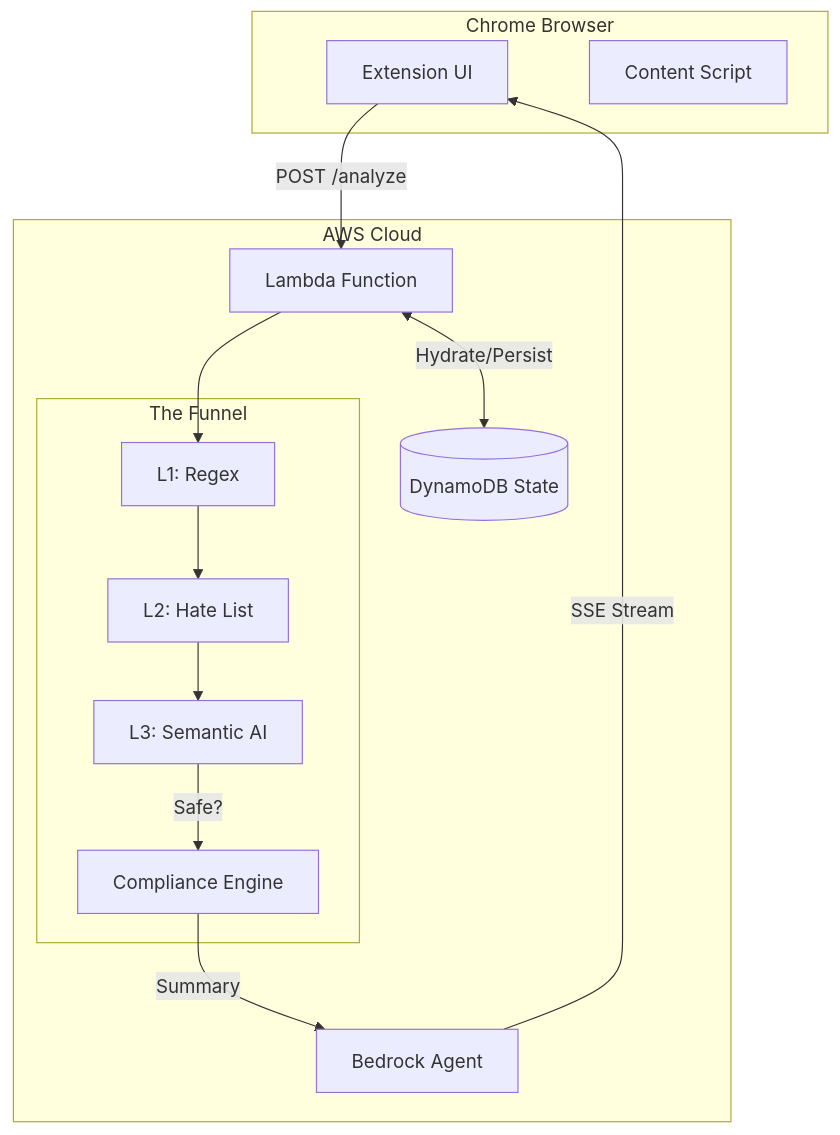
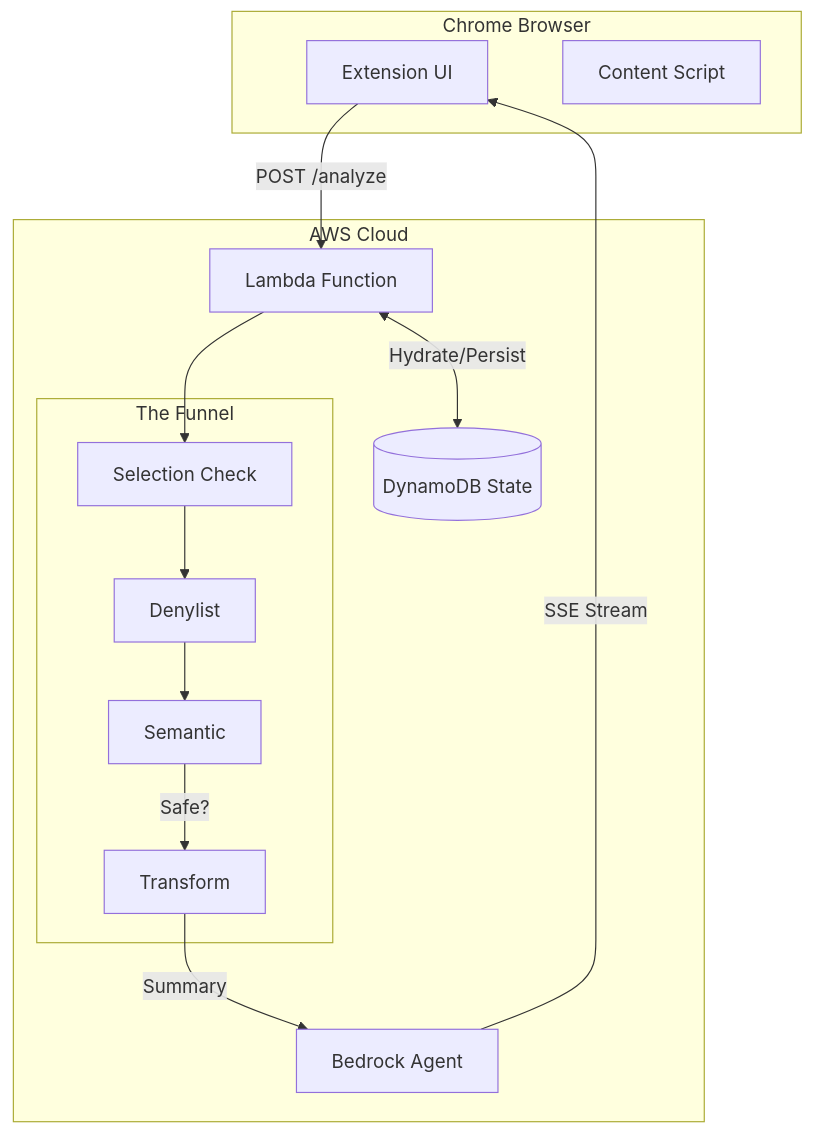
One commit to martymcenroe/Aletheia changed the first of 2 diagrams in docs/0001-system-architecture.md. Above: the diagram before and after it, drawn with Mermaid. The commit also changed other lines of this file and 5 other files, not shown here.

````diff
--- a/docs/0001-system-architecture.md
+++ b/docs/0001-system-architecture.md
@@ -12,30 +12,30 @@
 ```mermaid
 graph TD
     subgraph Client [Chrome Browser]
         Ext[Extension UI]
         CS[Content Script]
     end
 
     subgraph Cloud [AWS Cloud]
         LB[Lambda Function]
         DDB[(DynamoDB State)]
 
         subgraph Logic [The Funnel]
-            L1[L1: Regex]
-            L2[L2: Hate List]
-            L3[L3: Semantic AI]
-            Comp[Compliance Engine]
+            L1[Selection Check]
+            L2[Denylist]
+            L3[Semantic]
+            Comp[Transform]
         end
 
         Brain[Bedrock Agent]
     end
 
     Ext -->|POST /analyze| LB
     LB <-->|Hydrate/Persist| DDB
     LB --> L1
     L1 --> L2
     L2 --> L3
     L3 -->|Safe?| Comp
     Comp -->|Summary| Brain
     Brain -->|SSE Stream| Ext
 ```
````
